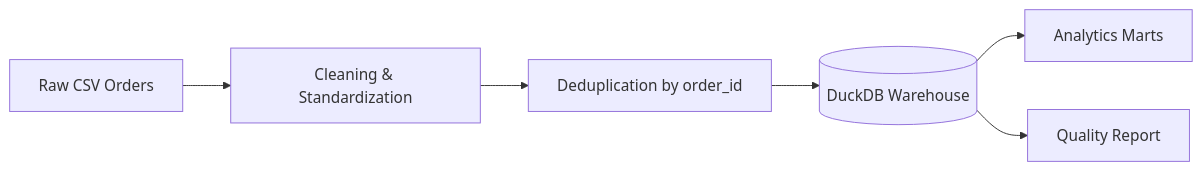
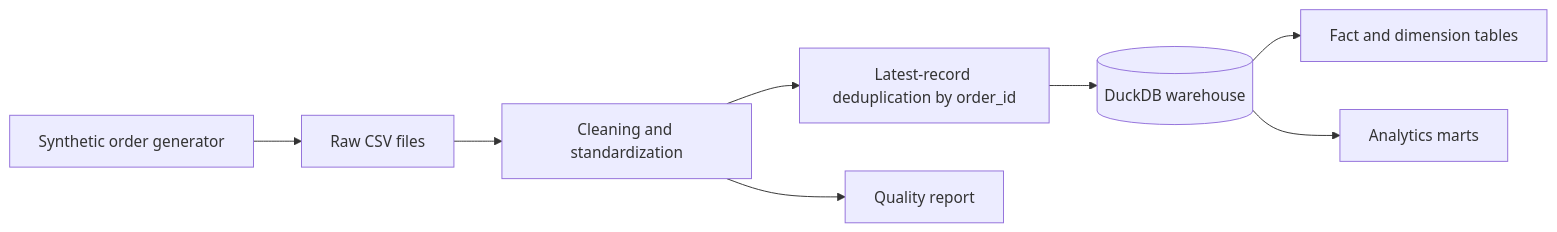
One commit to Aadil-Mansuri0/retail-sales-etl changed the diagram in README.md. Above: the diagram before and after it, drawn with Mermaid. The commit also changed other lines of this file, not shown here.

````diff
--- a/README.md
+++ b/README.md
@@ -9,8 +13,10 @@
 ```mermaid
 flowchart LR
-    RAW[Raw CSV Orders] --> CLEAN[Cleaning & Standardization]
-    CLEAN --> DEDUP[Deduplication by order_id]
-    DEDUP --> WH[(DuckDB Warehouse)]
-    WH --> MART[Analytics Marts]
-    WH --> Q[Quality Report]
+    GEN[Synthetic order generator] --> RAW[Raw CSV files]
+    RAW --> CLEAN[Cleaning and standardization]
+    CLEAN --> DEDUP[Latest-record deduplication by order_id]
+    DEDUP --> WH[(DuckDB warehouse)]
+    WH --> DIMS[Fact and dimension tables]
+    WH --> MARTS[Analytics marts]
+    CLEAN --> QUALITY[Quality report]
 ```
````
